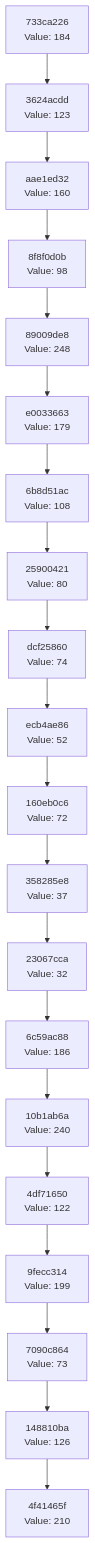
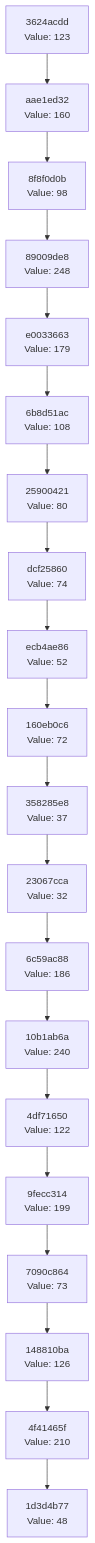
Before and after one commit to Abhisheksinha1506/hash-chain-evolver: the diagram in docs/CHAIN_VISUALIZATION.md, drawn with Mermaid. The commit also changed 3 other files, not shown here.

````diff
--- a/docs/CHAIN_VISUALIZATION.md
+++ b/docs/CHAIN_VISUALIZATION.md
@@ -3,42 +3,42 @@
 ```mermaid
 graph TD
-    C0["4f41465f<br/>Value: 210"]
-    C1["148810ba<br/>Value: 126"]
+    C0["1d3d4b77<br/>Value: 48"]
+    C1["4f41465f<br/>Value: 210"]
     C1 --> C0
-    C2["7090c864<br/>Value: 73"]
+    C2["148810ba<br/>Value: 126"]
     C2 --> C1
-    C3["9fecc314<br/>Value: 199"]
+    C3["7090c864<br/>Value: 73"]
     C3 --> C2
-    C4["4df71650<br/>Value: 122"]
+    C4["9fecc314<br/>Value: 199"]
     C4 --> C3
-    C5["10b1ab6a<br/>Value: 240"]
+    C5["4df71650<br/>Value: 122"]
     C5 --> C4
-    C6["6c59ac88<br/>Value: 186"]
+    C6["10b1ab6a<br/>Value: 240"]
     C6 --> C5
-    C7["23067cca<br/>Value: 32"]
+    C7["6c59ac88<br/>Value: 186"]
     C7 --> C6
-    C8["358285e8<br/>Value: 37"]
+    C8["23067cca<br/>Value: 32"]
     C8 --> C7
-    C9["160eb0c6<br/>Value: 72"]
+    C9["358285e8<br/>Value: 37"]
     C9 --> C8
-    C10["ecb4ae86<br/>Value: 52"]
+    C10["160eb0c6<br/>Value: 72"]
     C10 --> C9
-    C11["dcf25860<br/>Value: 74"]
+    C11["ecb4ae86<br/>Value: 52"]
     C11 --> C10
-    C12["25900421<br/>Value: 80"]
+    C12["dcf25860<br/>Value: 74"]
     C12 --> C11
-    C13["6b8d51ac<br/>Value: 108"]
+    C13["25900421<br/>Value: 80"]
     C13 --> C12
-    C14["e0033663<br/>Value: 179"]
+    C14["6b8d51ac<br/>Value: 108"]
     C14 --> C13
-    C15["89009de8<br/>Value: 248"]
+    C15["e0033663<br/>Value: 179"]
     C15 --> C14
-    C16["8f8f0d0b<br/>Value: 98"]
+    C16["89009de8<br/>Value: 248"]
     C16 --> C15
-    C17["aae1ed32<br/>Value: 160"]
+    C17["8f8f0d0b<br/>Value: 98"]
     C17 --> C16
-    C18["3624acdd<br/>Value: 123"]
+    C18["aae1ed32<br/>Value: 160"]
     C18 --> C17
-    C19["733ca226<br/>Value: 184"]
+    C19["3624acdd<br/>Value: 123"]
     C19 --> C18
 ```
````
